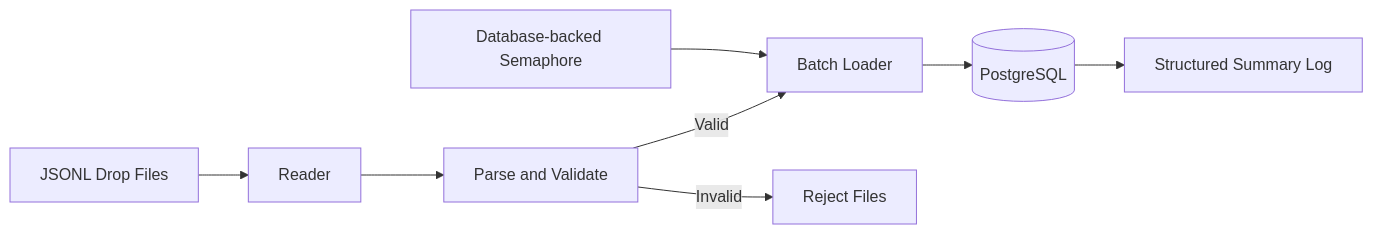
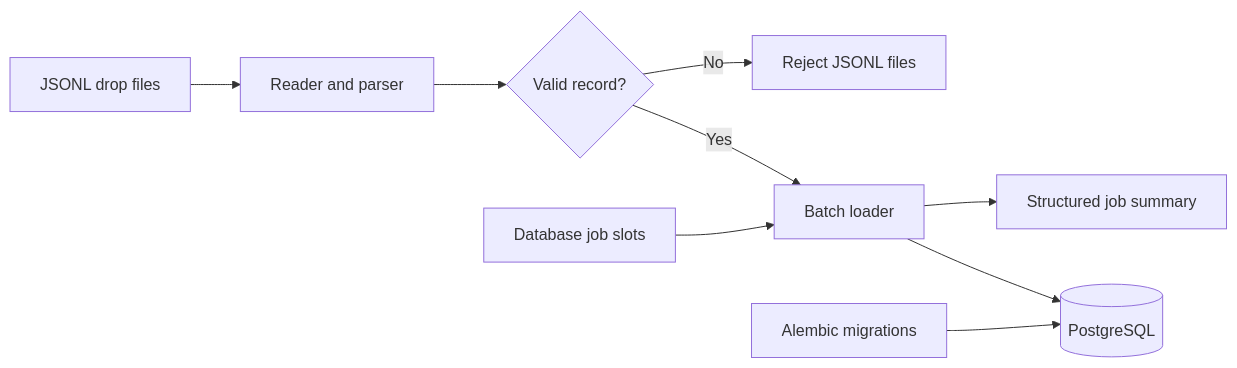
One commit to YoniAfengar/trip-ingest changed the diagram in README.md. Above: the diagram before and after it, drawn with Mermaid. The commit also changed other lines of this file and 2 other files, not shown here.

````diff
--- a/README.md
+++ b/README.md
@@ -36,10 +33,14 @@
 ```mermaid
 flowchart LR
-    A[JSONL Drop Files] --> B[Reader]
-    B --> C[Parse and Validate]
-    C -->|Valid| D[Batch Loader]
+    A[JSONL drop files] --> B[Reader and parser]
+    B --> C{Valid record?}
+
+    C -->|Yes| D[Batch loader]
     D --> E[(PostgreSQL)]
-    C -->|Invalid| F[Reject Files]
-    E --> G[Structured Summary Log]
-    H[Database-backed Semaphore] --> D
+
+    C -->|No| F[Reject JSONL files]
+
+    G[Alembic migrations] --> E
+    H[Database job slots] --> D
+    D --> I[Structured job summary]
 ```
````
